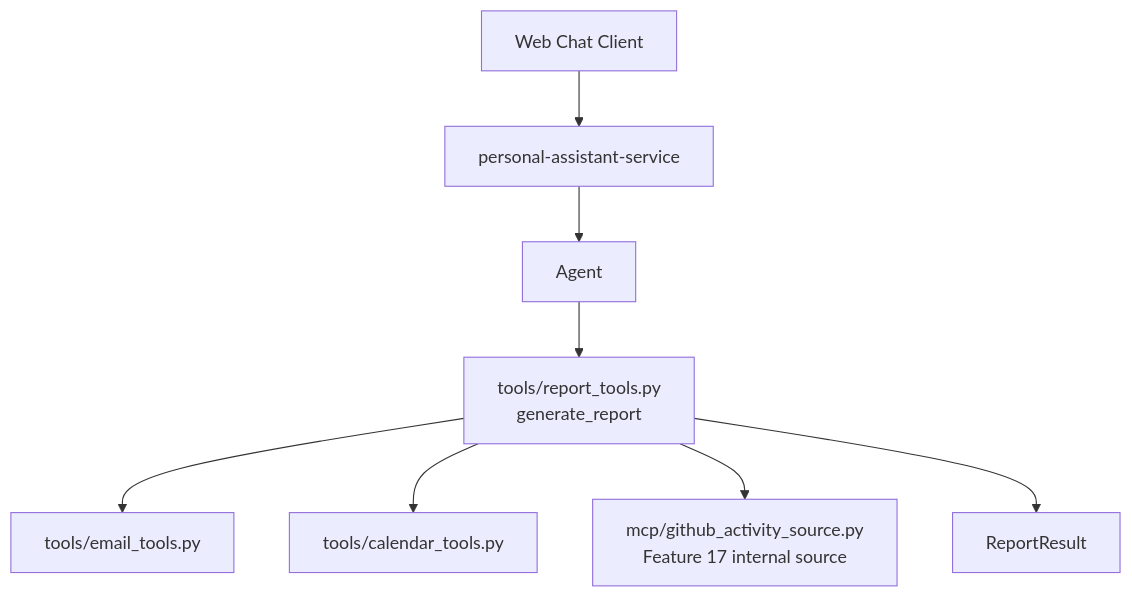
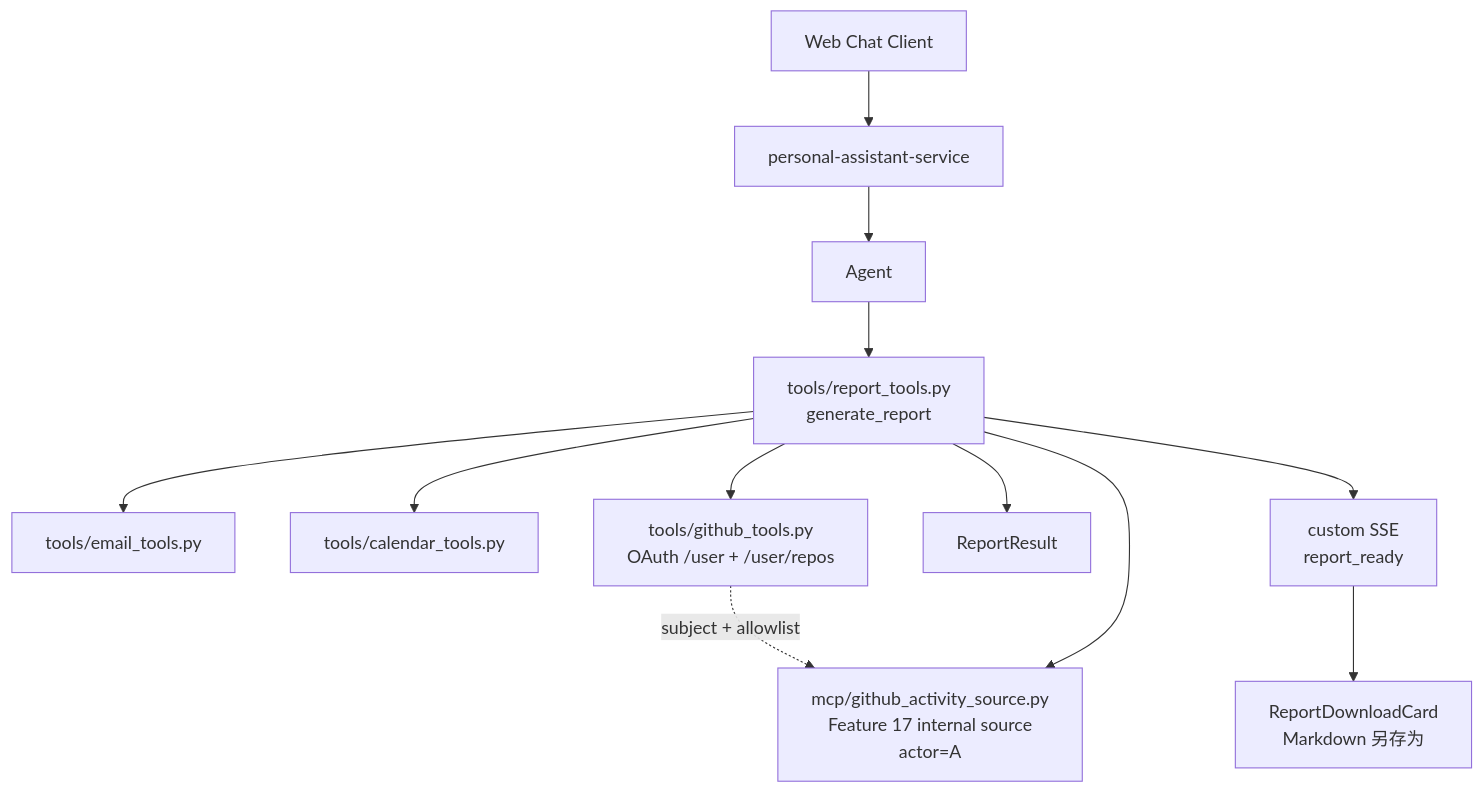
Before and after one commit to T-1009/personal-assistant: the first of 2 diagrams in personal-assistant-meta/issues/features/backlog/feature-18-report-root-capability/plan.md, drawn with Mermaid. The commit also changed other lines of this file and 34 other files, not shown here.

````diff
--- a/personal-assistant-meta/issues/features/backlog/feature-18-report-root-capability/plan.md
+++ b/personal-assistant-meta/issues/features/backlog/feature-18-report-root-capability/plan.md
@@ -66,19 +80,26 @@
 ```mermaid
 flowchart TB
     Client["Web Chat Client"]
     Service["personal-assistant-service"]
     Agent["Agent"]
     ReportTool["tools/report_tools.py<br/>generate_report"]
     EmailTools["tools/email_tools.py"]
     CalendarTools["tools/calendar_tools.py"]
-    GitHubSource["mcp/github_activity_source.py<br/>Feature 17 internal source"]
+    GitHubOAuth["tools/github_tools.py<br/>OAuth /user + /user/repos"]
+    GitHubSource["mcp/github_activity_source.py<br/>Feature 17 internal source<br/>actor=A"]
     ReportResult["ReportResult"]
+    ReportStream["custom SSE<br/>report_ready"]
+    ReportCard["ReportDownloadCard<br/>Markdown 另存为"]
 
     Client --> Service
     Service --> Agent
     Agent --> ReportTool
     ReportTool --> EmailTools
     ReportTool --> CalendarTools
+    ReportTool --> GitHubOAuth
+    GitHubOAuth -. "subject + allowlist" .-> GitHubSource
     ReportTool --> GitHubSource
     ReportTool --> ReportResult
+    ReportTool --> ReportStream
+    ReportStream --> ReportCard
 ```
````
